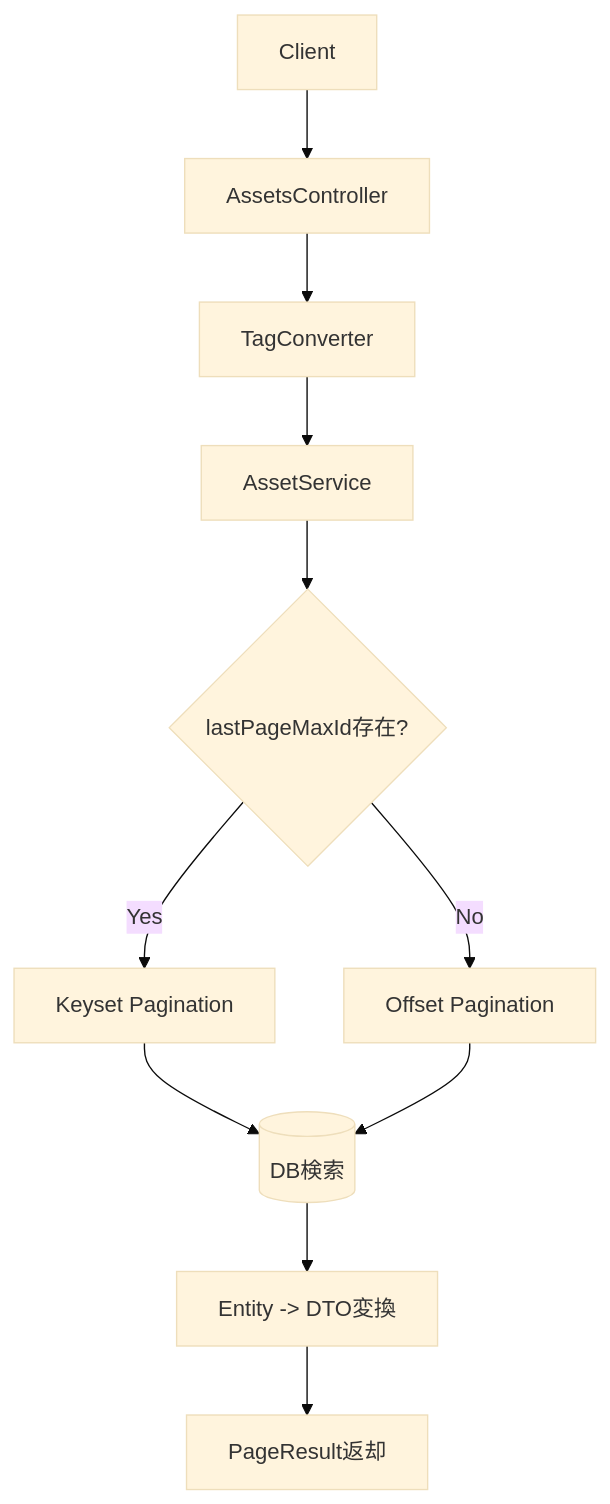
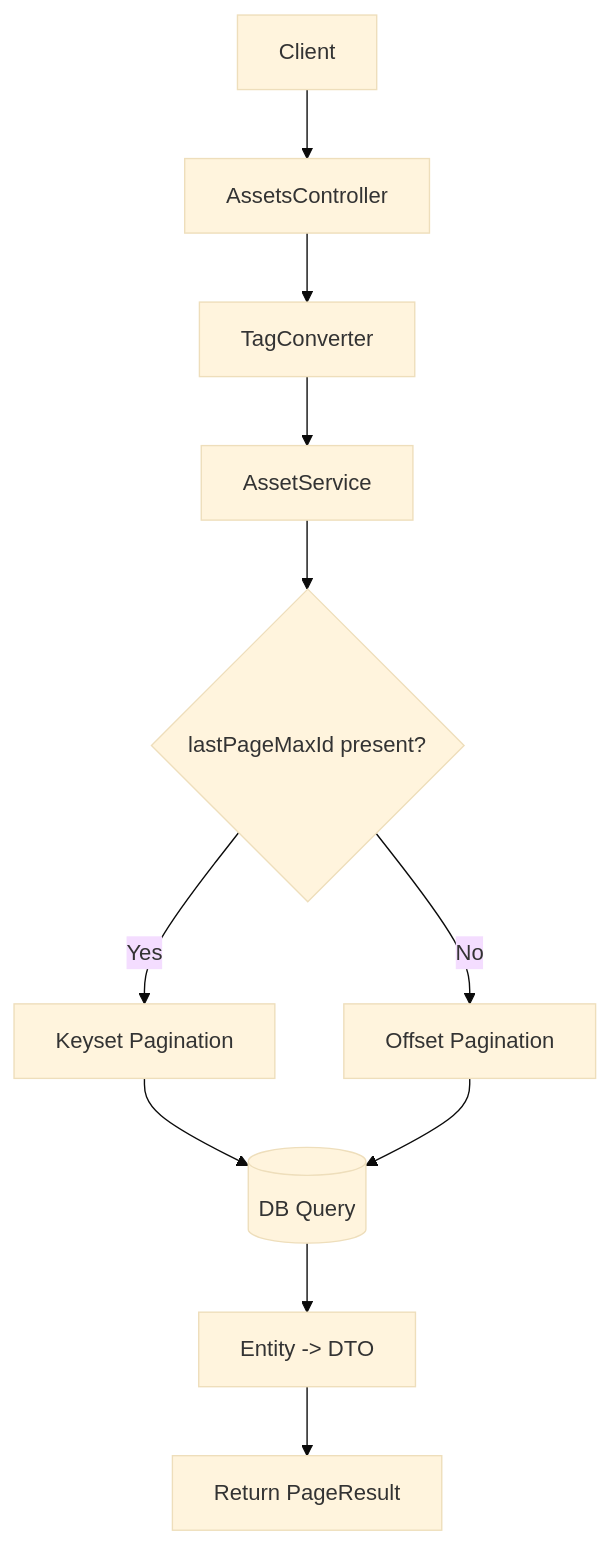
One commit to joshaken/digital-assets-management-service changed the fourth of 4 diagrams in README.md. Above: the diagram before and after it, drawn with Mermaid (base theme). The commit also changed other lines of this file and 1 other file, not shown here.

````diff
--- a/README.md
+++ b/README.md
@@ -117,13 +118,13 @@
 ```mermaid
 flowchart TD
     A[Client] --> B[AssetsController]
     B --> C[TagConverter]
     C --> D[AssetService]
-    D --> E{lastPageMaxId存在?}
+    D --> E{lastPageMaxId present?}
     E -->|Yes| F[Keyset Pagination]
     E -->|No| G[Offset Pagination]
-    F --> H[(DB検索)]
+    F --> H[(DB Query)]
     G --> H
-    H --> I[Entity -> DTO変換]
-    I --> J[PageResult返却]
+    H --> I[Entity -> DTO]
+    I --> J[Return PageResult]
 ```
````
